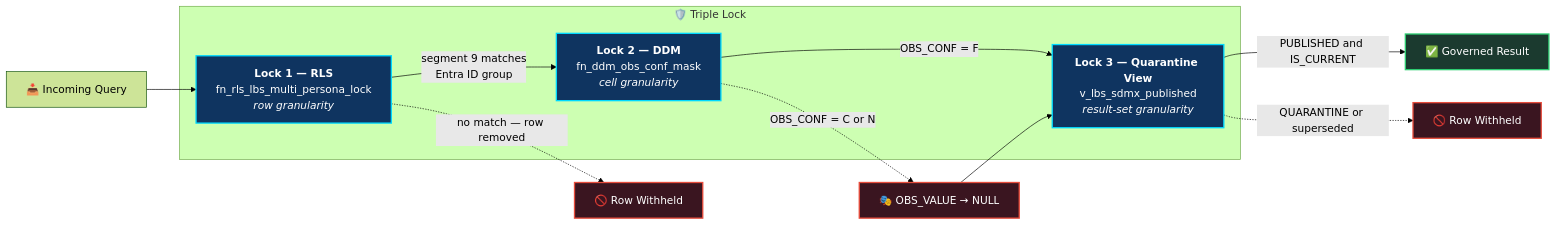
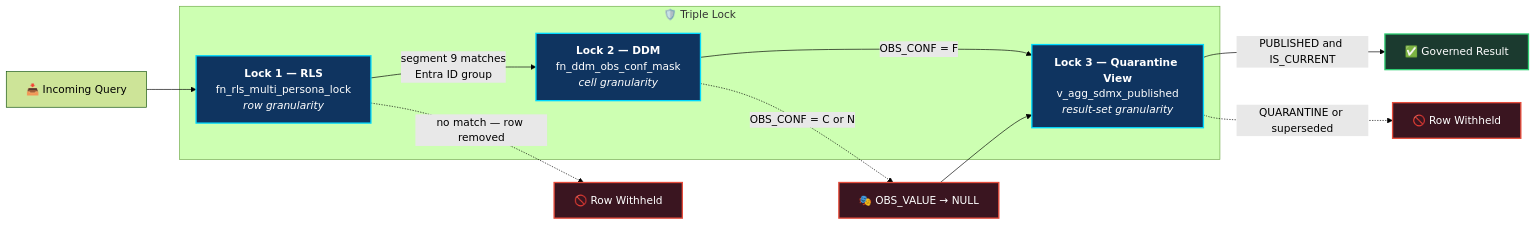
The fourth of 5 diagrams in docs/ARCHITECTURE_DIAGRAMS.md (botlhale/sovereign-shield), drawn with Mermaid (forest theme) before and after one commit. The commit also changed other lines of this file and 40 other files, not shown here.

````diff
--- a/docs/ARCHITECTURE_DIAGRAMS.md
+++ b/docs/ARCHITECTURE_DIAGRAMS.md
@@ -265,26 +265,26 @@
 ```mermaid
 graph LR
     Q["📥 Incoming Query"] --> L1
 
     subgraph LOCKS["🛡️ Triple Lock"]
-        L1["<b>Lock 1 — RLS</b><br/>fn_rls_lbs_multi_persona_lock<br/><i>row granularity</i>"]
+        L1["<b>Lock 1 — RLS</b><br/>fn_rls_multi_persona_lock<br/><i>row granularity</i>"]
         L2["<b>Lock 2 — DDM</b><br/>fn_ddm_obs_conf_mask<br/><i>cell granularity</i>"]
-        L3["<b>Lock 3 — Quarantine View</b><br/>v_lbs_sdmx_published<br/><i>result-set granularity</i>"]
+        L3["<b>Lock 3 — Quarantine View</b><br/>v_agg_sdmx_published<br/><i>result-set granularity</i>"]
     end
 
     L1 -->|"segment 9 matches<br/>Entra ID group"| L2
     L1 -.->|"no match — row removed"| DROP["🚫 Row Withheld"]
     L2 -->|"OBS_CONF = F"| L3
     L2 -.->|"OBS_CONF = C or N"| MASK["🎭 OBS_VALUE → NULL"]
     L3 -->|"PUBLISHED and IS_CURRENT"| OUT["✅ Governed Result"]
     L3 -.->|"QUARANTINE or superseded"| HIDE["🚫 Row Withheld"]
     MASK --> L3
 
     classDef lock fill:#0f3460,stroke:#00d9ff,stroke-width:2px,color:#fff
     classDef deny fill:#3a1520,stroke:#e74c3c,stroke-width:2px,color:#fff
     classDef allow fill:#1b3a2f,stroke:#2ecc71,stroke-width:2px,color:#fff
 
     class L1,L2,L3 lock
     class DROP,HIDE,MASK deny
     class OUT allow
 ```
````
